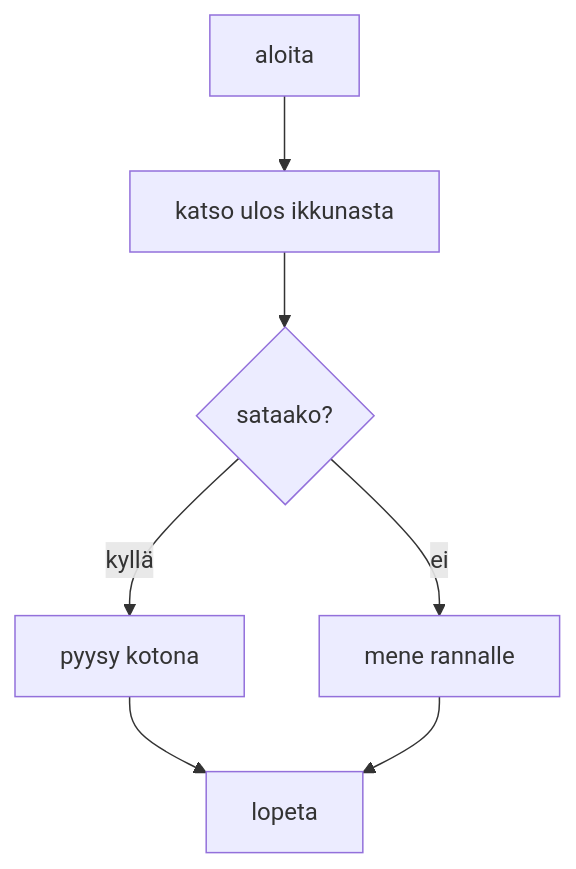
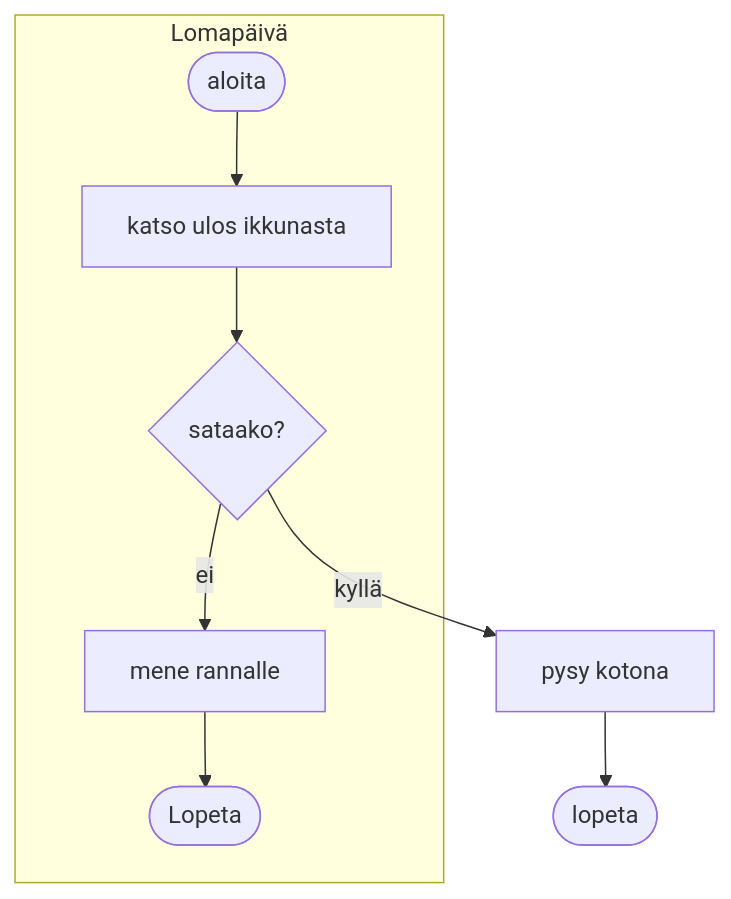
One commit to Anssi22/vuokaaviot changed the third of 6 diagrams in README.md. Above: the diagram before and after it, drawn with Mermaid. The commit also changed other lines of this file, not shown here.

````diff
--- a/README.md
+++ b/README.md
@@ -31,9 +29,11 @@
 ```mermaid
 graph TD;
-    A[aloita] --> B[katso ulos ikkunasta]
-    B --> C{sataako?}
-    C -- kyllä --> D[pyysy kotona]
-    C -- ei --> E[mene rannalle]
-    D --> F[lopeta]
-    E --> F
+    subgraph Lomapäivä
+        A([aloita]) --> B[katso ulos ikkunasta]
+        B --> C{sataako?}
+        C -- ei --> E[mene rannalle]
+        E --> F([Lopeta])
+    end
+    C -- kyllä --> D[pysy kotona]
+    D --> G([lopeta])
 ```
````
